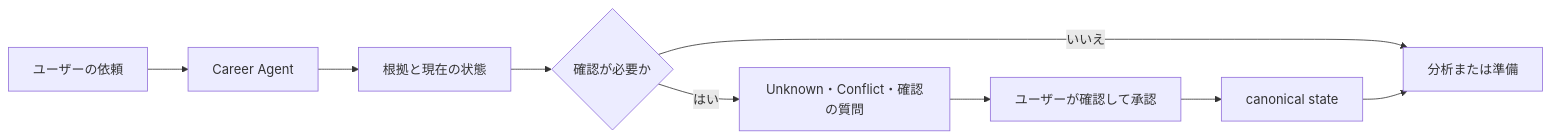
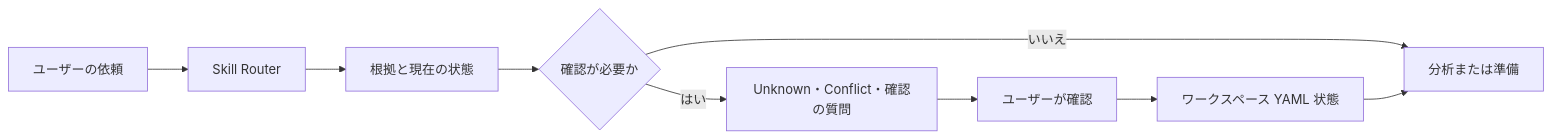
Before and after one commit to younnieCutler/japan-career-agent: the diagram in README_ja.md, drawn with Mermaid. The commit also changed other lines of this file and 29 other files, not shown here.

````diff
--- a/README_ja.md
+++ b/README_ja.md
@@ -152,11 +108,11 @@
 ```mermaid
 flowchart LR
-    A[ユーザーの依頼] --> B[Career Agent]
+    A[ユーザーの依頼] --> B[Skill Router]
     B --> C[根拠と現在の状態]
     C --> D{確認が必要か}
     D -->|はい| E[Unknown・Conflict・確認の質問]
-    E --> F[ユーザーが確認して承認]
-    F --> G[canonical state]
+    E --> F[ユーザーが確認]
+    F --> G[ワークスペース YAML 状態]
     D -->|いいえ| H[分析または準備]
     G --> H
 ```
````
